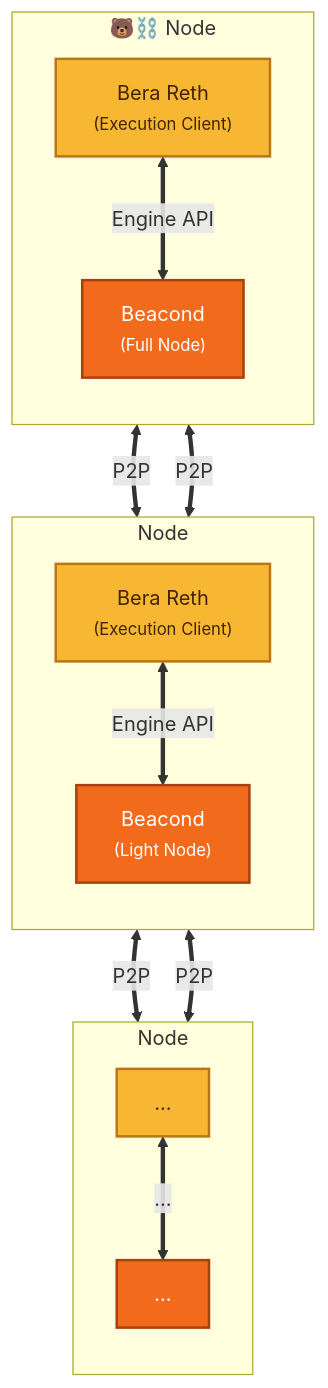
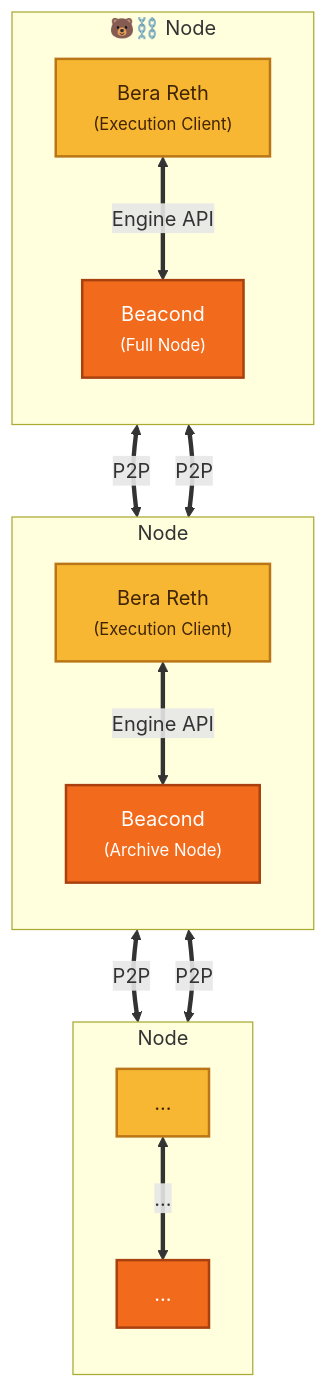
Before and after one commit to berachain/docs: the diagram in nodes/overview/node-architecture.mdx, drawn with Mermaid. The commit also changed other lines of this file, not shown here.

Commit message:
Updated mintlify pages
- Updated nodes/overview/node-architecture.mdx

Mintlify-Source: dashboard-editor

````diff
--- a/nodes/overview/node-architecture.mdx
+++ b/nodes/overview/node-architecture.mdx
@@ -10,28 +11,28 @@
-```mermaid
-flowchart TB
+  ```mermaid
+  flowchart TB
   subgraph N1["🐻⛓️ Node"]
     direction TB
     R1["Bera Reth<br/><small>(Execution Client)</small>"]:::evm
     B1["Beacond<br/><small>(Full Node)</small>"]:::cons
     R1 <== "Engine API" ==> B1
   end
   subgraph N2["Node"]
     direction TB
     R2["Bera Reth<br/><small>(Execution Client)</small>"]:::evm
-    B2["Beacond<br/><small>(Light Node)</small>"]:::cons
+    B2["Beacond<br/><small>(Archive Node)</small>"]:::cons
     R2 <== "Engine API" ==> B2
   end
   subgraph N3["Node"]
     direction TB
     R3["..."]:::evm
     B3["..."]:::cons
     R3 <== "..." ==> B3
   end
   R1 <== "P2P" ==> R2
   R2 <== "P2P" ==> R3
   B1 <== "P2P" ==> B2
   B2 <== "P2P" ==> B3
 
   classDef evm fill:#f7b733,stroke:#ba7517,stroke-width:2px,color:#412402
   classDef cons fill:#f26b1d,stroke:#a8410f,stroke-width:2px,color:#ffffff
-```
+  ```
````
